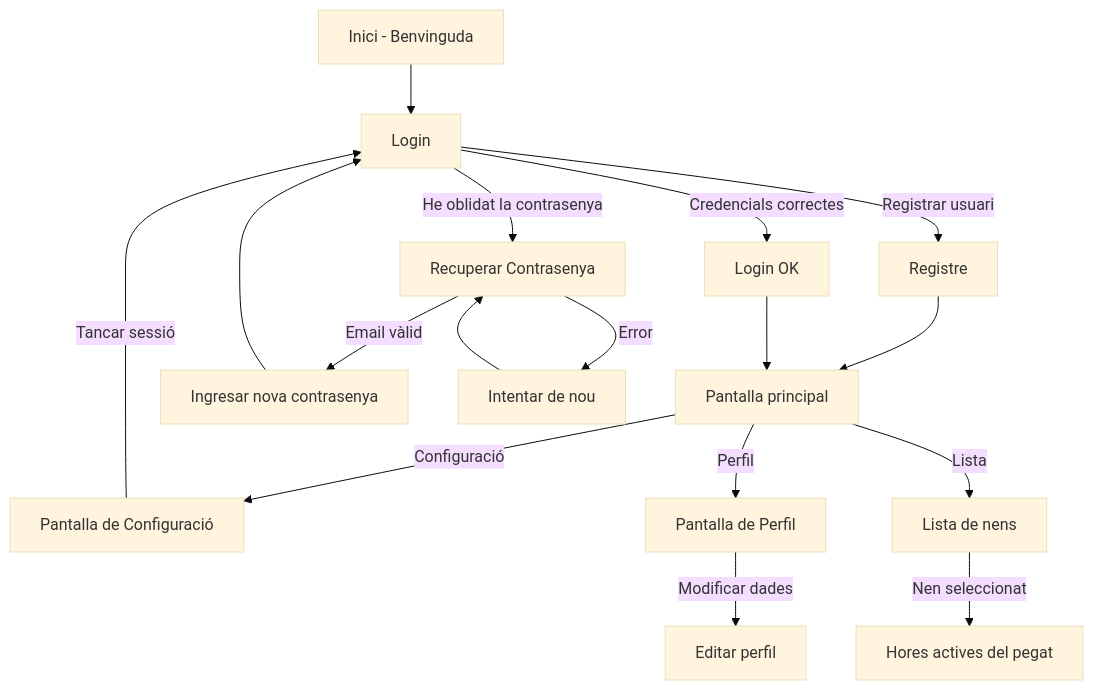
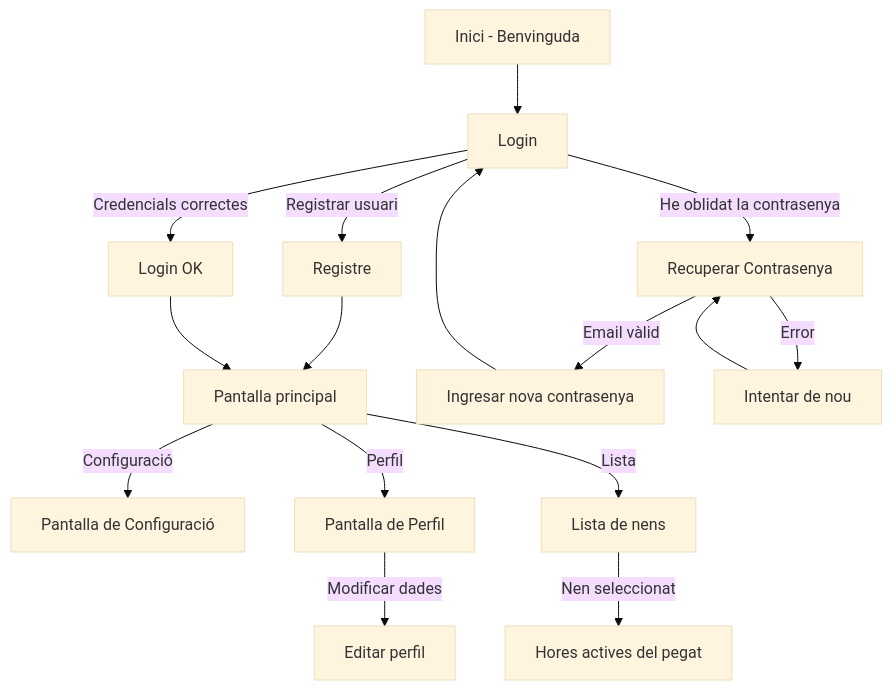
The diagram in charts/diagramaNavegacio.mmd (dmontes901/TapatApp), drawn with Mermaid (base theme) before and after one commit.

```diff
--- a/charts/diagramaNavegacio.mmd
+++ b/charts/diagramaNavegacio.mmd
@@ -1,18 +1,17 @@
 flowchart TD;
     A["Inici - Benvinguda"] --> B["Login"];
     B -->|Registrar usuari| C["Registre"];
     C --> E["Pantalla principal"];
     B -->|Credencials correctes| D["Login OK "];
 
     
     D --> E["Pantalla principal"];
     E -->|Configuració| G["Pantalla de Configuració"];
-    G -->|Tancar sessió|B
     E -->|Perfil| F["Pantalla de Perfil"];
     F -->|Modificar dades|L["Editar perfil"];
     E -->|Lista|J["Lista de nens"];
     J -->|Nen seleccionat|K["Hores actives del pegat"];
     
     B -->|He oblidat la contrasenya| H["Recuperar Contrasenya"];
     H -->|Email vàlid| I["Ingresar nova contrasenya"] --> B;
     H -->|Error| H1["Intentar de nou"] --> H;
```
